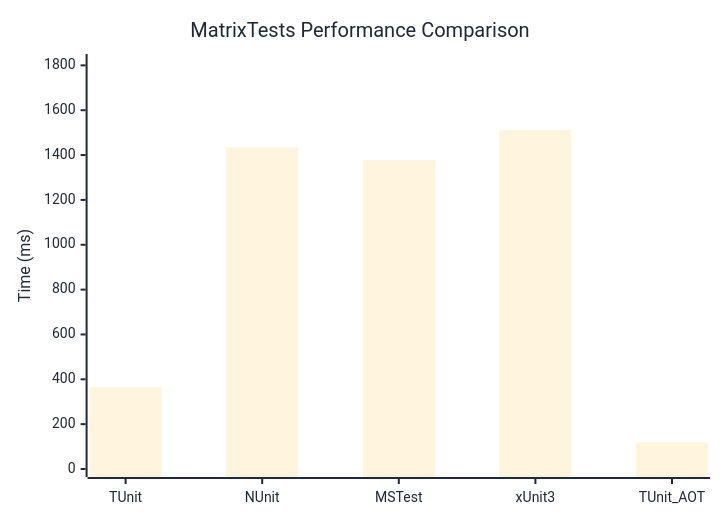
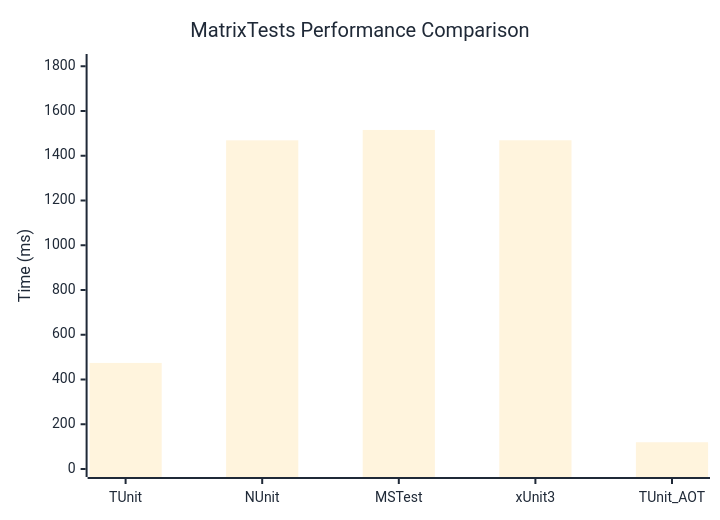
Before and after one commit to thomhurst/TUnit: the diagram in docs/docs/benchmarks/engine/MatrixTests.md, drawn with Mermaid. The commit also changed other lines of this file and 17 other files, not shown here.

````diff
--- a/docs/docs/benchmarks/engine/MatrixTests.md
+++ b/docs/docs/benchmarks/engine/MatrixTests.md
@@ -29,37 +29,37 @@
 ```mermaid
 %%{init: {
   'theme':'base',
   'themeVariables': {
     'primaryColor': '#2563eb',
     'primaryTextColor': '#1f2937',
     'primaryBorderColor': '#1e40af',
     'lineColor': '#6b7280',
     'secondaryColor': '#7c3aed',
     'tertiaryColor': '#dc2626',
     'background': '#ffffff',
     'mainBkg': '#2563eb',
     'secondBkg': '#7c3aed',
     'tertiaryBkg': '#dc2626',
     'clusterBkg': '#f3f4f6',
     'edgeLabelBackground': '#ffffff',
     'tertiaryTextColor': '#1f2937',
     'pie1': '#2563eb',
     'pie2': '#7c3aed',
     'pie3': '#dc2626',
     'pie4': '#f59e0b',
     'pie5': '#10b981',
     'pie6': '#06b6d4',
     'pie7': '#ec4899',
     'pie8': '#6366f1',
     'pie9': '#84cc16',
     'pie10': '#f97316',
     'pie11': '#14b8a6',
     'pie12': '#a855f7'
   }
 }}%%
 xychart-beta
   title "MatrixTests Performance Comparison"
   x-axis ["TUnit", "NUnit", "MSTest", "xUnit3", "TUnit_AOT"]
-  y-axis "Time (ms)" 0 --> 1815
-  bar [365.5, 1434.6, 1377.5, 1511.9, 119]
+  y-axis "Time (ms)" 0 --> 1819
+  bar [474.1, 1468.9, 1515.3, 1469.2, 119.6]
 ```
````
